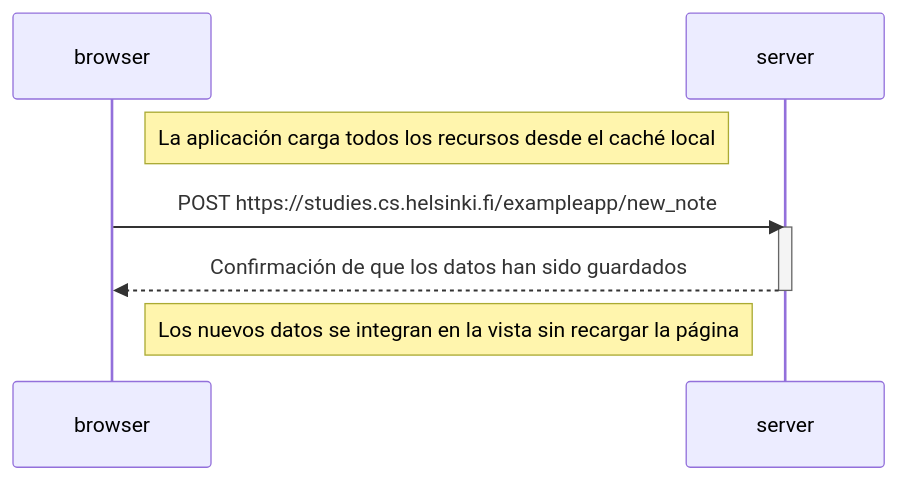
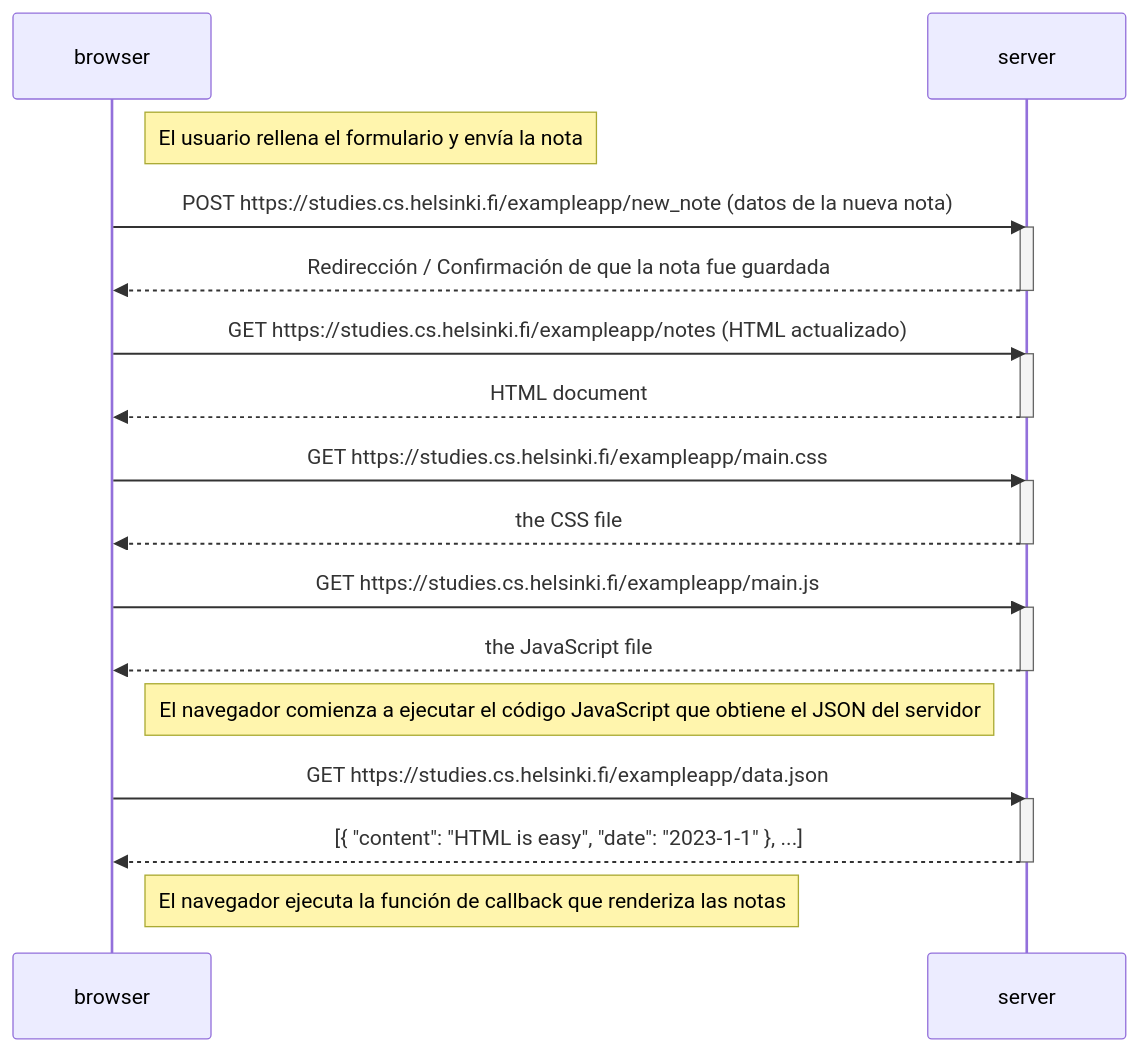
One commit to Alejandro-PerAlva/Full-Stack-Open changed the diagram in part0/newNotesDiagram.md. Above: the diagram before and after it, drawn with Mermaid. The commit also changed other lines of this file and 1 other file, not shown here.

Commit message:
0.5: Diagrama de aplicación de una sola página y fix

````diff
--- a/part0/newNotesDiagram.md
+++ b/part0/newNotesDiagram.md
@@ -17,15 +38,36 @@
 ```mermaid
 sequenceDiagram
-
     participant browser
     participant server
 
-    Note right of browser: La aplicación carga todos los recursos desde el caché local
+    Note right of browser: El usuario rellena el formulario y envía la nota
 
-    browser->>server: POST https://studies.cs.helsinki.fi/exampleapp/new_note
+    browser->>server: POST https://studies.cs.helsinki.fi/exampleapp/new_note (datos de la nueva nota)
     activate server
-    server-->>browser: Confirmación de que los datos han sido guardados
+    server-->>browser: Redirección / Confirmación de que la nota fue guardada
     deactivate server
 
-    Note right of browser: Los nuevos datos se integran en la vista sin recargar la página
+    browser->>server: GET https://studies.cs.helsinki.fi/exampleapp/notes (HTML actualizado)
+    activate server
+    server-->>browser: HTML document
+    deactivate server
+
+    browser->>server: GET https://studies.cs.helsinki.fi/exampleapp/main.css
+    activate server
+    server-->>browser: the CSS file
+    deactivate server
+
+    browser->>server: GET https://studies.cs.helsinki.fi/exampleapp/main.js
+    activate server
+    server-->>browser: the JavaScript file
+    deactivate server
+
+    Note right of browser: El navegador comienza a ejecutar el código JavaScript que obtiene el JSON del servidor
+
+    browser->>server: GET https://studies.cs.helsinki.fi/exampleapp/data.json
+    activate server
+    server-->>browser: [{ "content": "HTML is easy", "date": "2023-1-1" }, ...]
+    deactivate server
+
+    Note right of browser: El navegador ejecuta la función de callback que renderiza las notas
 ```
````
